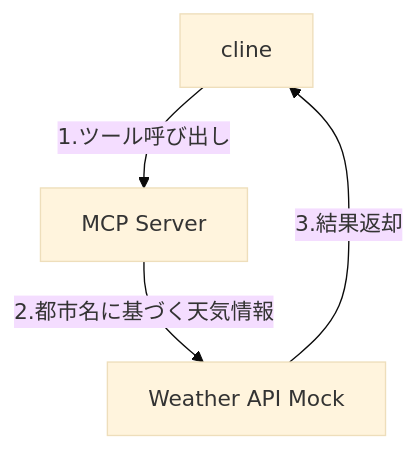
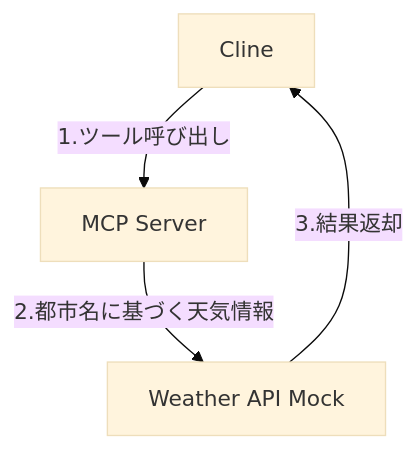
One commit to littlemex/aws-samples changed the first of 3 diagrams in workshops/ai-coding-workshop/cline/1.mcp/README.md. Above: the diagram before and after it, drawn with Mermaid (base theme). The commit also changed other lines of this file and 4 other files, not shown here.

````diff
--- a/workshops/ai-coding-workshop/cline/1.mcp/README.md
+++ b/workshops/ai-coding-workshop/cline/1.mcp/README.md
@@ -127,6 +127,6 @@
 ```mermaid
 graph TD
-    A[cline] -->|1.ツール呼び出し| B[MCP Server]
+    A[Cline] -->|1.ツール呼び出し| B[MCP Server]
     B -->|2.都市名に基づく天気情報| C[Weather API Mock]
     C -->|3.結果返却| A
 ```
````
